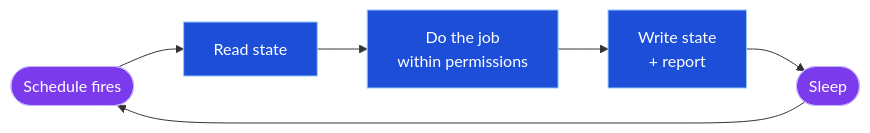
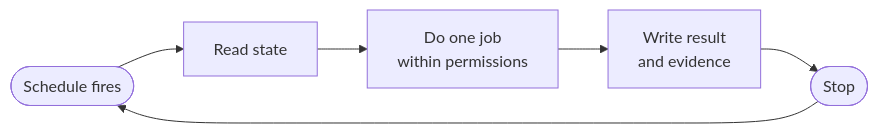
One commit to owainlewis/youtube-tutorials changed the first of 2 diagrams in tutorials/loop-engineering/LESSON.md. Above: the diagram before and after it, drawn with Mermaid. The commit also changed other lines of this file and 9 other files, not shown here.

````diff
--- a/tutorials/loop-engineering/LESSON.md
+++ b/tutorials/loop-engineering/LESSON.md
@@ -41,13 +19,8 @@
 ```mermaid
 graph LR
     A([Schedule fires]) --> B[Read state]
-    B --> C[Do the job<br/>within permissions]
-    C --> D[Write state<br/>+ report]
-    D --> E([Sleep])
+    B --> C[Do one job<br/>within permissions]
+    C --> D[Write result<br/>and evidence]
+    D --> E([Stop])
     E --> A
-
-    classDef trigger fill:#7c3aed,stroke:#c4b5fd,color:#ffffff
-    classDef step fill:#1d4ed8,stroke:#93c5fd,color:#ffffff
-    class A,E trigger
-    class B,C,D step
 ```
````
